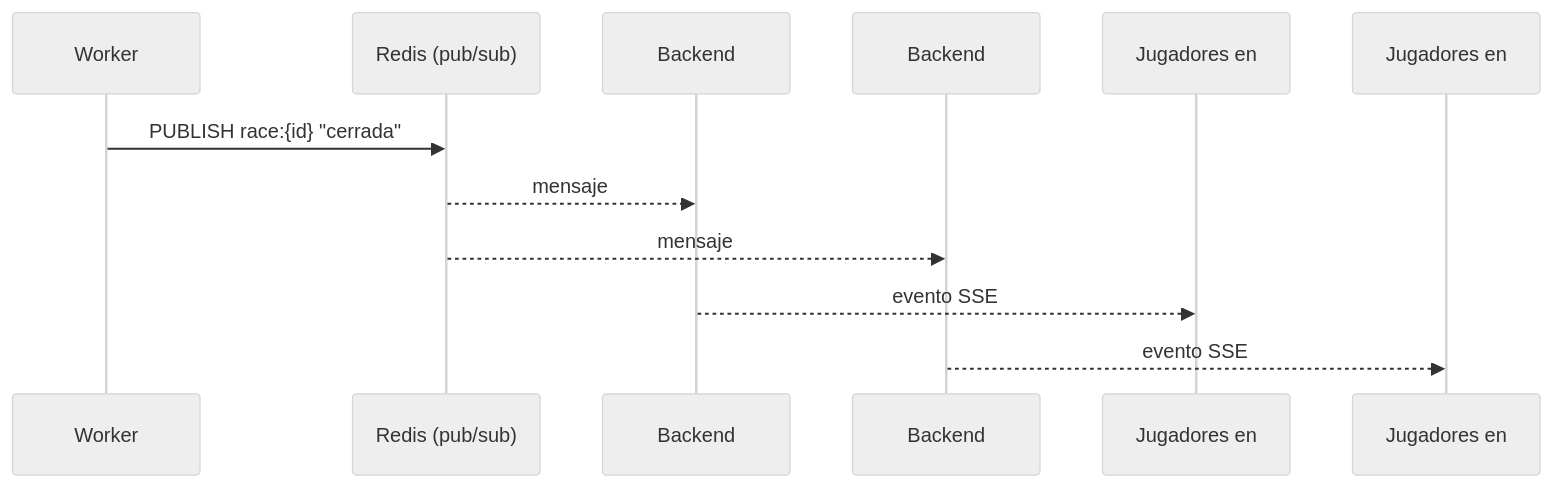
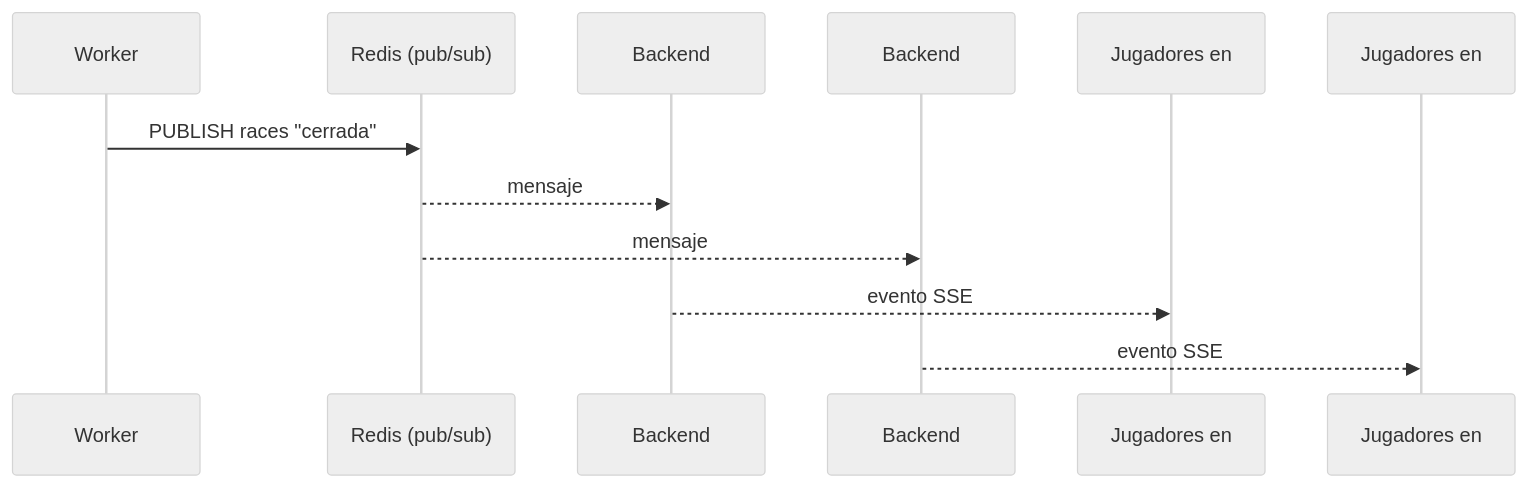
The second of 6 diagrams in README.md (sebaveaa/casino-simulator), drawn with Mermaid (neutral theme) before and after one commit. The commit also changed other lines of this file and 91 other files, not shown here.

````diff
--- a/README.md
+++ b/README.md
@@ -118,15 +119,15 @@
 ```mermaid
 sequenceDiagram
     participant W as Worker
     participant R as Redis (pub/sub)
     participant B1 as Backend #1
     participant B2 as Backend #2
     participant J1 as Jugadores en #1
     participant J2 as Jugadores en #2
 
-    W->>R: PUBLISH race:{id} "cerrada"
+    W->>R: PUBLISH races "cerrada"
     R-->>B1: mensaje
     R-->>B2: mensaje
     B1-->>J1: evento SSE
     B2-->>J2: evento SSE
 ```
````
